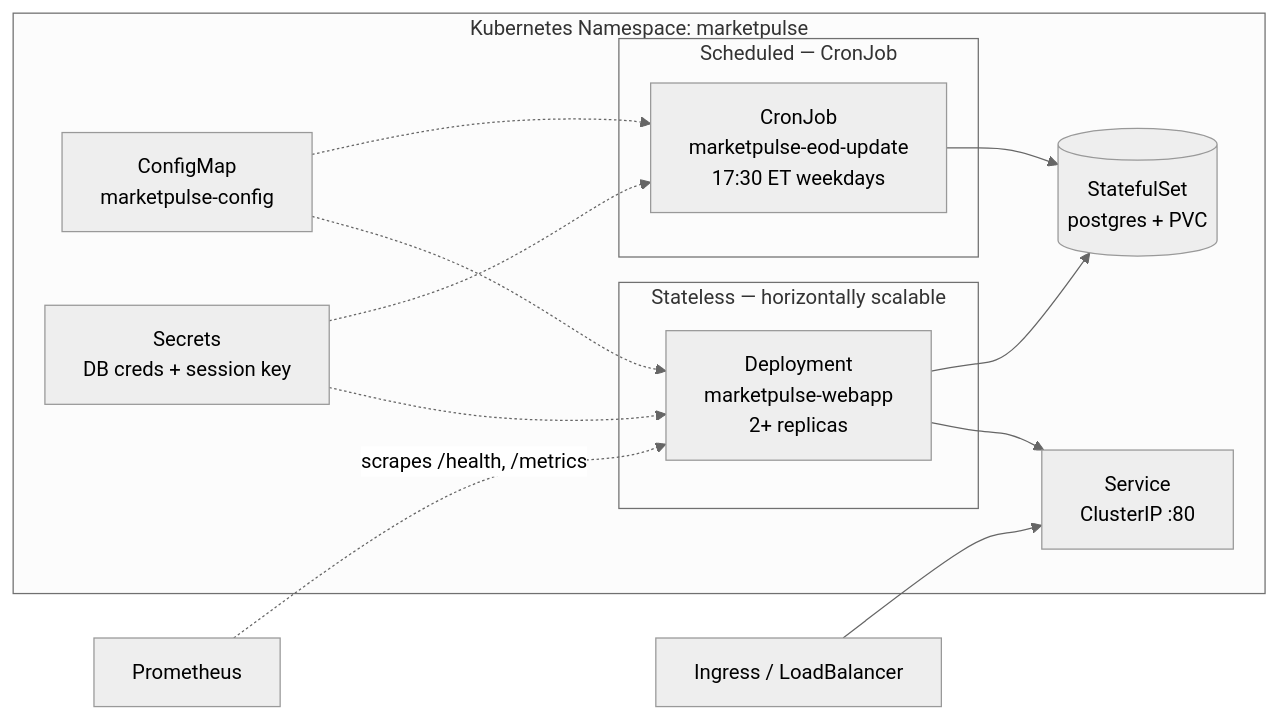
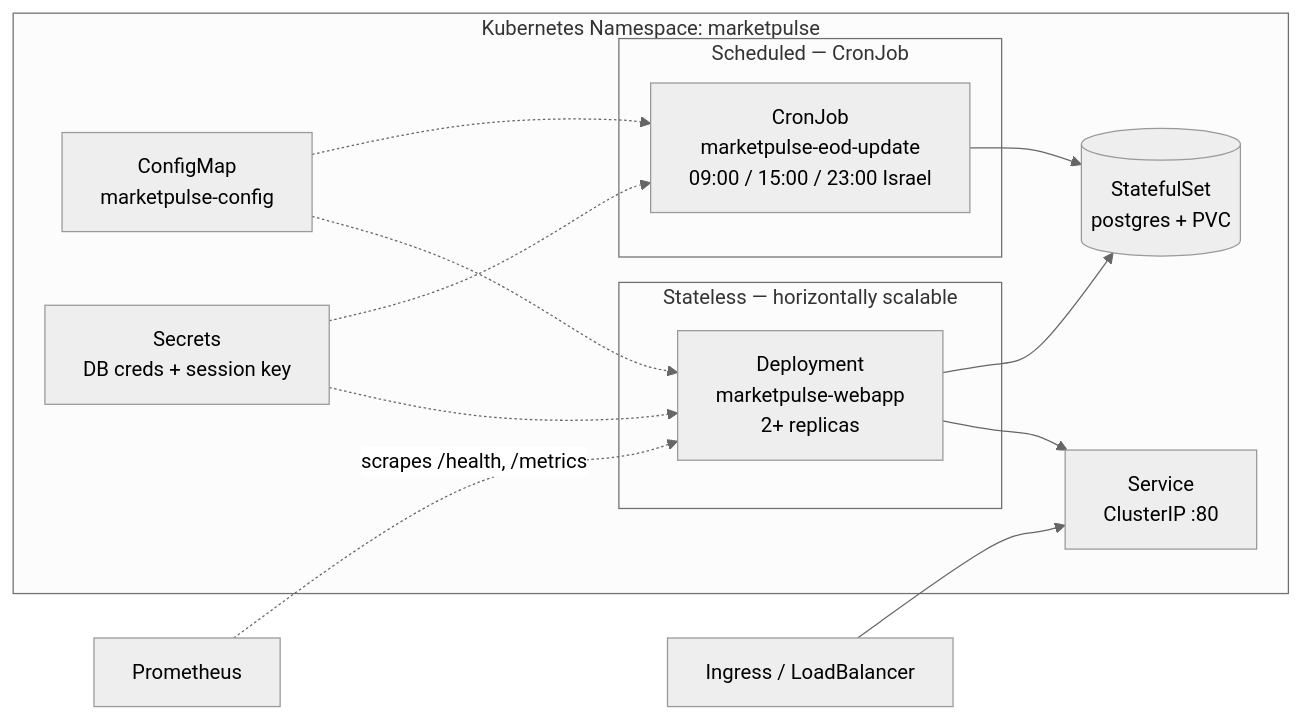
One commit to Liormym/MarketPulse-BI changed the second of 2 diagrams in README.md. Above: the diagram before and after it, drawn with Mermaid (neutral theme). The commit also changed other lines of this file and 65 other files, not shown here.

````diff
--- a/README.md
+++ b/README.md
@@ -346,29 +346,29 @@
 ```mermaid
 flowchart LR
     subgraph Cluster["Kubernetes Namespace: marketpulse"]
         CM["ConfigMap<br/>marketpulse-config"]
         SEC["Secrets<br/>DB creds + session key"]
 
         subgraph Stateless["Stateless — horizontally scalable"]
             DEP["Deployment<br/>marketpulse-webapp<br/>2+ replicas"]
         end
 
         subgraph Scheduled["Scheduled — CronJob"]
-            CJ["CronJob<br/>marketpulse-eod-update<br/>17:30 ET weekdays"]
+            CJ["CronJob<br/>marketpulse-eod-update<br/>09:00 / 15:00 / 23:00 Israel"]
         end
 
         SS[("StatefulSet<br/>postgres + PVC")]
         SVC["Service<br/>ClusterIP :80"]
 
         CM -.-> DEP
         CM -.-> CJ
         SEC -.-> DEP
         SEC -.-> CJ
         DEP --> SVC
         DEP --> SS
         CJ --> SS
     end
 
     ING["Ingress / LoadBalancer"] --> SVC
     PROM["Prometheus"] -. scrapes /health, /metrics .-> DEP
 ```
````
